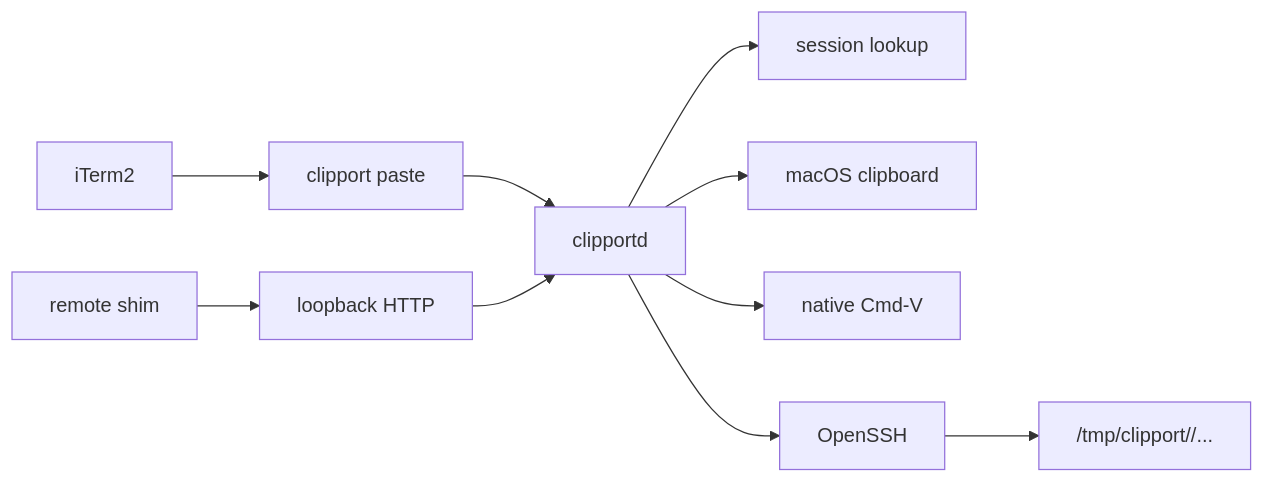
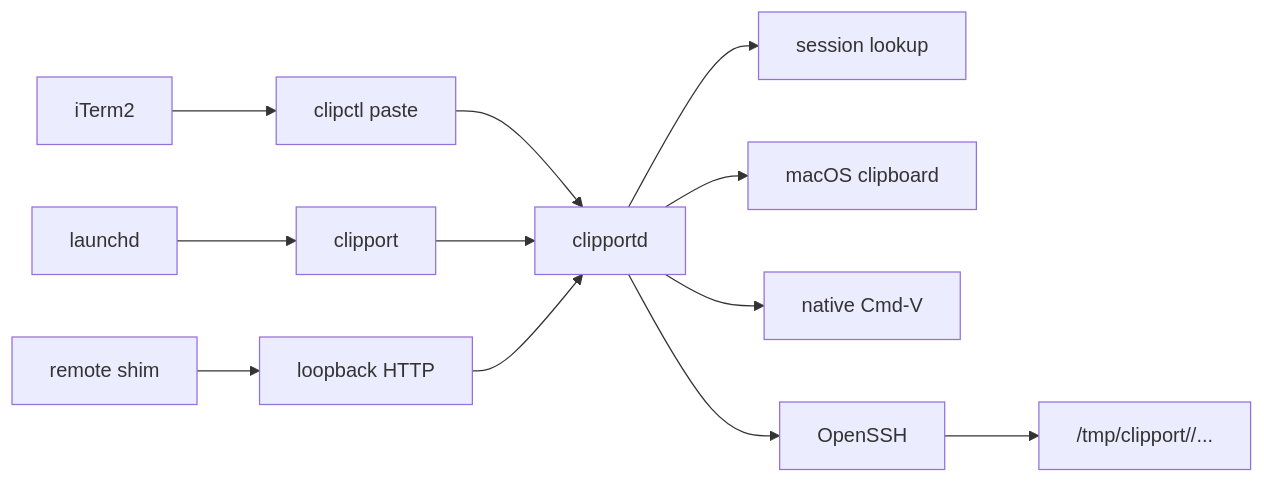
One commit to arihantsethia/clipport changed the diagram in ARCHITECTURE.md. Above: the diagram before and after it, drawn with Mermaid. The commit also changed other lines of this file and 39 other files, not shown here.

Commit message:
feat: add clipport menu manager

````diff
--- a/ARCHITECTURE.md
+++ b/ARCHITECTURE.md
@@ -42,23 +44,27 @@
 ```mermaid
 flowchart LR
   user["iTerm2"]
-  cli["clipport paste"]
+  cli["clipctl paste"]
+  menu["clipport"]
   daemon["clipportd"]
+  launchd["launchd"]
   session["session lookup"]
   clipboard["macOS clipboard"]
   local["native Cmd-V"]
   ssh["OpenSSH"]
   remote["/tmp/clipport/<user>/..."]
   shim["remote shim"]
   http["loopback HTTP"]
 
   user --> cli
   cli --> daemon
+  menu --> daemon
+  launchd --> menu
   daemon --> session
   daemon --> clipboard
   daemon --> local
   daemon --> ssh
   ssh --> remote
   shim --> http
   http --> daemon
 ```
````
